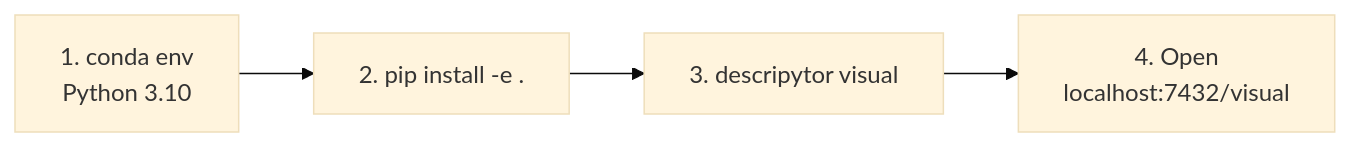
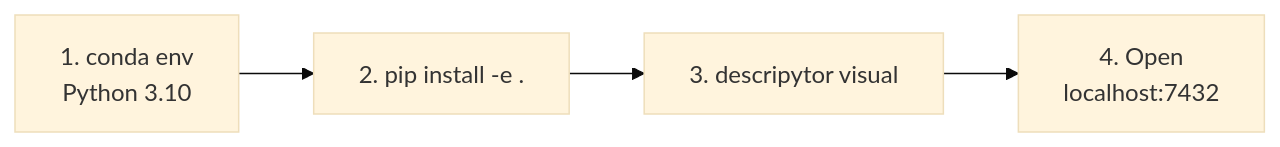
Before and after one commit to Milo-group/DescriPyTor: the first of 2 diagrams in docs/visual-guide.md, drawn with Mermaid (base theme). The commit also changed other lines of this file and 45 other files, not shown here.

````diff
--- a/docs/visual-guide.md
+++ b/docs/visual-guide.md
@@ -11,6 +11,6 @@
 ```mermaid
 flowchart LR
   A["1. conda env<br/>Python 3.10"] --> B["2. pip install -e ."]
   B --> C["3. descripytor visual"]
-  C --> D["4. Open<br/>localhost:7432/visual"]
+  C --> D["4. Open<br/>localhost:7432"]
 ```
````
